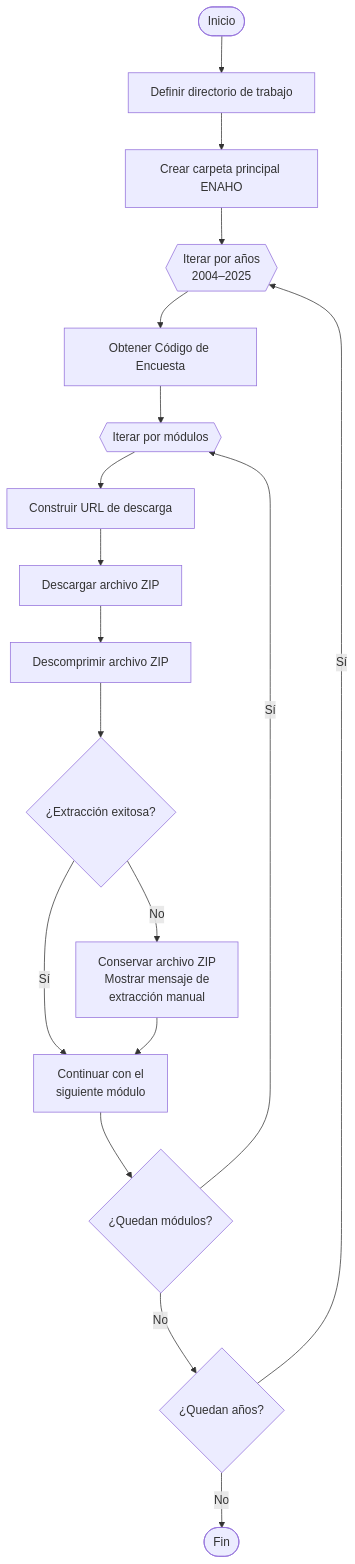
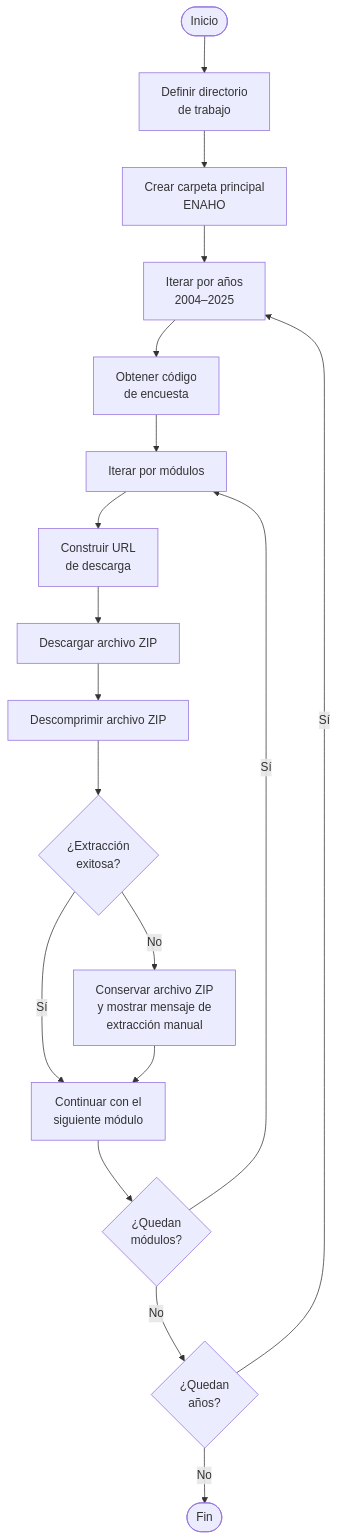
One commit to CarloEduardo/CarloEduardo.github.io changed the diagram in _portfolio/Portfolio-01-2026-05-05-ENAHO.md. Above: the diagram before and after it, drawn with Mermaid. The commit also changed other lines of this file, not shown here.

Commit message:
Modificar +60

````diff
--- a/_portfolio/Portfolio-01-2026-05-05-ENAHO.md
+++ b/_portfolio/Portfolio-01-2026-05-05-ENAHO.md
@@ -122,21 +125,28 @@
 ```mermaid
 flowchart TD
 
-A([Inicio]) --> B[Definir directorio de trabajo]
-B --> C[Crear carpeta principal ENAHO]
-C --> D{{Iterar por años<br/>2004–2025}}
-D --> E[Obtener Código de Encuesta]
-E --> F{{Iterar por módulos}}
-F --> G[Construir URL de descarga]
-G --> H[Descargar archivo ZIP]
-H --> I[Descomprimir archivo ZIP]
-I --> J{¿Extracción exitosa?}
-J -- Sí --> K[Continuar con el<br/>siguiente módulo]
-J -- No --> L[Conservar archivo ZIP<br/>Mostrar mensaje de<br/>extracción manual]
+A([Inicio]) --> B["Definir directorio<br/>de trabajo"]
+B --> C["Crear carpeta principal<br/>ENAHO"]
+
+C --> D["Iterar por años<br/>2004–2025"]
+D --> E["Obtener código<br/>de encuesta"]
+
+E --> F["Iterar por módulos"]
+F --> G["Construir URL<br/>de descarga"]
+G --> H["Descargar archivo ZIP"]
+H --> I["Descomprimir archivo ZIP"]
+
+I --> J{"¿Extracción<br/>exitosa?"}
+
+J -- "Sí" --> K["Continuar con el<br/>siguiente módulo"]
+J -- "No" --> L["Conservar archivo ZIP<br/>y mostrar mensaje de<br/>extracción manual"]
+
 L --> K
-K --> M{¿Quedan módulos?}
-M -- Sí --> F
-M -- No --> N{¿Quedan años?}
-N -- Sí --> D
-N -- No --> O([Fin])
+
+K --> M{"¿Quedan<br/>módulos?"}
+M -- "Sí" --> F
+M -- "No" --> N{"¿Quedan<br/>años?"}
+
+N -- "Sí" --> D
+N -- "No" --> O([Fin])
 ```
````
